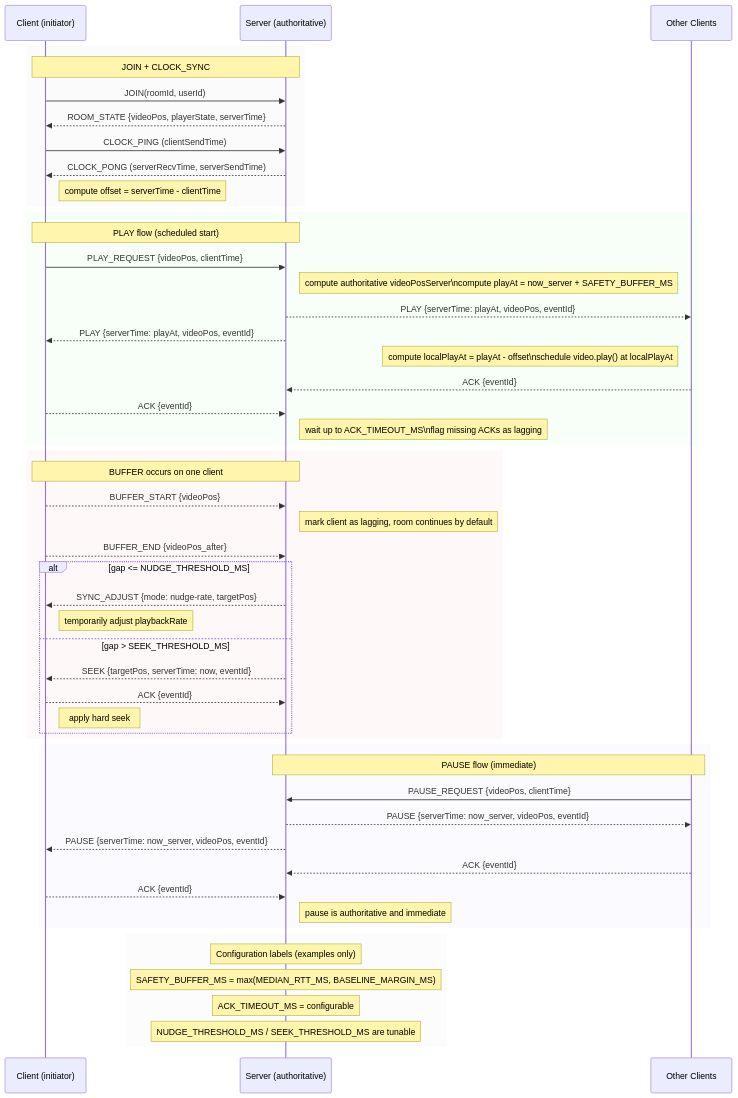
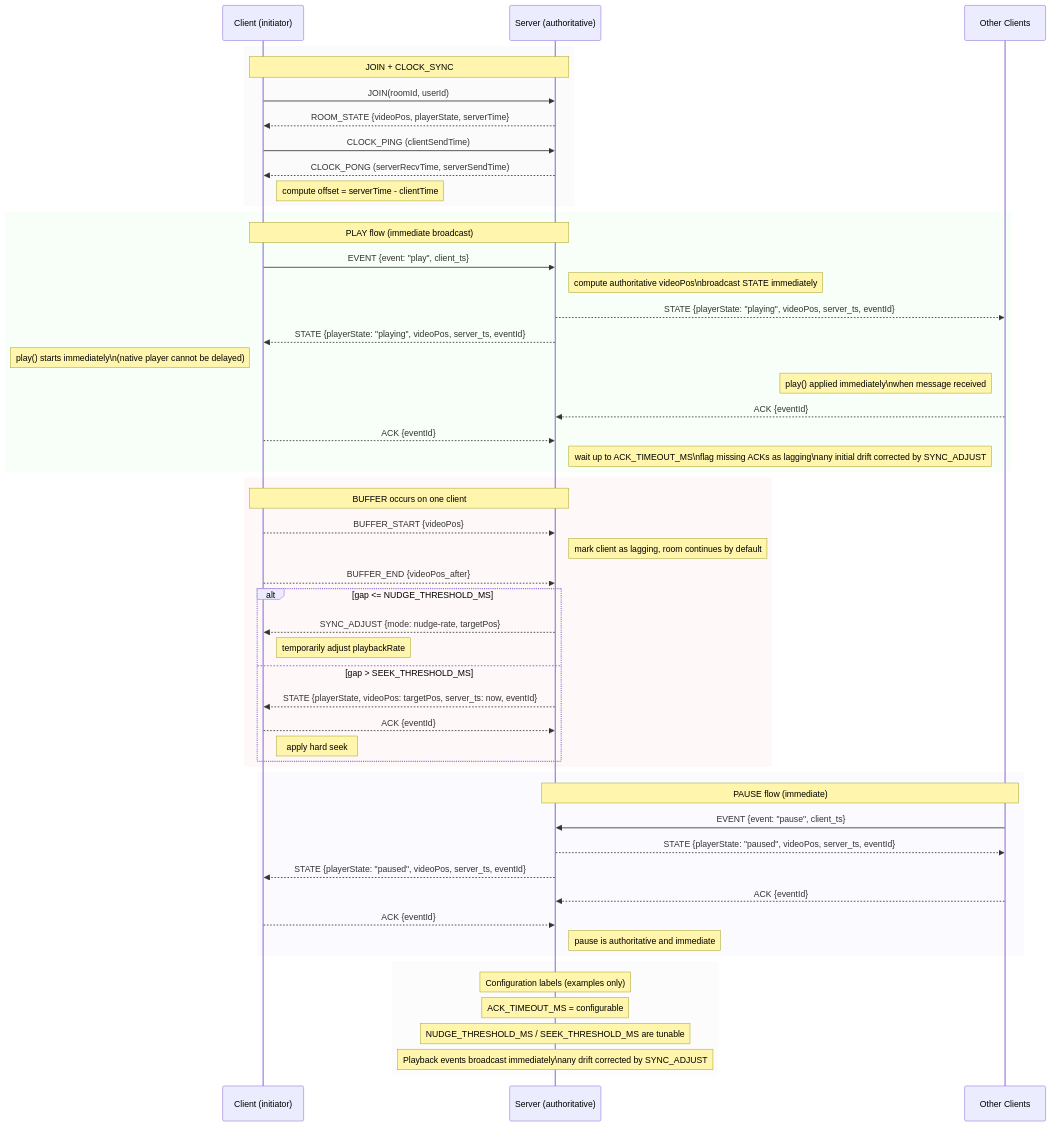
The diagram in docs/backend_network_design_v1.md (RalkeyOfficial/PlaybackSync), drawn with Mermaid before and after one commit. The commit also changed other lines of this file and 37 other files, not shown here.

````diff
--- a/docs/backend_network_design_v1.md
+++ b/docs/backend_network_design_v1.md
@@ -304,59 +314,60 @@
 ```mermaid
 sequenceDiagram
     participant C as Client (initiator)
     participant S as Server (authoritative)
     participant O as Other Clients
 
     rect rgba(240,240,240,0.3)
     Note over C,S: JOIN + CLOCK_SYNC
     C->>S: JOIN(roomId, userId)
     S-->>C: ROOM_STATE {videoPos, playerState, serverTime}
     C->>S: CLOCK_PING (clientSendTime)
     S-->>C: CLOCK_PONG (serverRecvTime, serverSendTime)
     Note right of C: compute offset = serverTime - clientTime
     end
 
     rect rgba(230,255,230,0.3)
-    Note over C,S: PLAY flow (scheduled start)
-    C->>S: PLAY_REQUEST {videoPos, clientTime}
-    Note right of S: compute authoritative videoPosServer\ncompute playAt = now_server + SAFETY_BUFFER_MS
-    S-->>O: PLAY {serverTime: playAt, videoPos, eventId}
-    S-->>C: PLAY {serverTime: playAt, videoPos, eventId}
-    Note left of O: compute localPlayAt = playAt - offset\nschedule video.play() at localPlayAt
+    Note over C,S: PLAY flow (immediate broadcast)
+    C->>S: EVENT {event: "play", client_ts}
+    Note right of S: compute authoritative videoPos\nbroadcast STATE immediately
+    S-->>O: STATE {playerState: "playing", videoPos, server_ts, eventId}
+    S-->>C: STATE {playerState: "playing", videoPos, server_ts, eventId}
+    Note left of C: play() starts immediately\n(native player cannot be delayed)
+    Note left of O: play() applied immediately\nwhen message received
     O-->>S: ACK {eventId}
     C-->>S: ACK {eventId}
-    Note right of S: wait up to ACK_TIMEOUT_MS\nflag missing ACKs as lagging
+    Note right of S: wait up to ACK_TIMEOUT_MS\nflag missing ACKs as lagging\nany initial drift corrected by SYNC_ADJUST
     end
 
     rect rgba(255,230,230,0.3)
     Note over C,S: BUFFER occurs on one client
     C-->>S: BUFFER_START {videoPos}
     Note right of S: mark client as lagging, room continues by default
     C-->>S: BUFFER_END {videoPos_after}
     alt gap <= NUDGE_THRESHOLD_MS
         S-->>C: SYNC_ADJUST {mode: nudge-rate, targetPos}
         Note right of C: temporarily adjust playbackRate
     else gap > SEEK_THRESHOLD_MS
-        S-->>C: SEEK {targetPos, serverTime: now, eventId}
+        S-->>C: STATE {playerState, videoPos: targetPos, server_ts: now, eventId}
         C-->>S: ACK {eventId}
         Note right of C: apply hard seek
     end
     end
 
     rect rgba(240,240,255,0.3)
     Note over O,S: PAUSE flow (immediate)
-    O->>S: PAUSE_REQUEST {videoPos, clientTime}
-    S-->>O: PAUSE {serverTime: now_server, videoPos, eventId}
-    S-->>C: PAUSE {serverTime: now_server, videoPos, eventId}
+    O->>S: EVENT {event: "pause", client_ts}
+    S-->>O: STATE {playerState: "paused", videoPos, server_ts, eventId}
+    S-->>C: STATE {playerState: "paused", videoPos, server_ts, eventId}
     O-->>S: ACK {eventId}
     C-->>S: ACK {eventId}
     Note right of S: pause is authoritative and immediate
     end
 
     rect rgba(250,250,250,0.6)
     Note over S: Configuration labels (examples only)
-    Note over S: SAFETY_BUFFER_MS = max(MEDIAN_RTT_MS, BASELINE_MARGIN_MS)
     Note over S: ACK_TIMEOUT_MS = configurable
     Note over S: NUDGE_THRESHOLD_MS / SEEK_THRESHOLD_MS are tunable
+    Note over S: Playback events broadcast immediately\nany drift corrected by SYNC_ADJUST
     end
 ```
````
